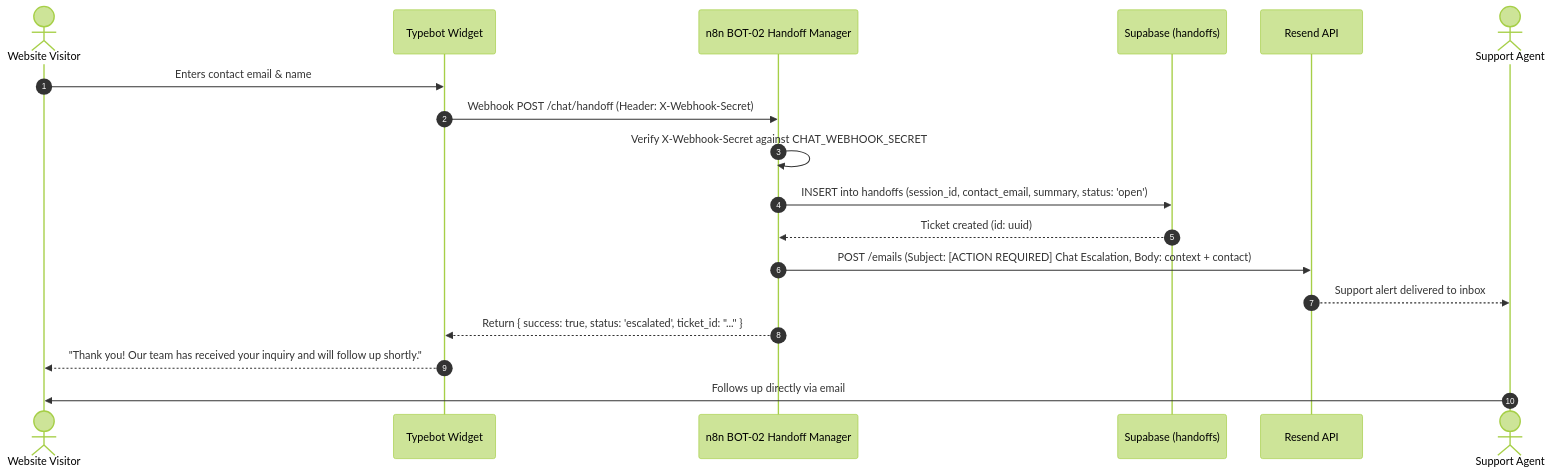
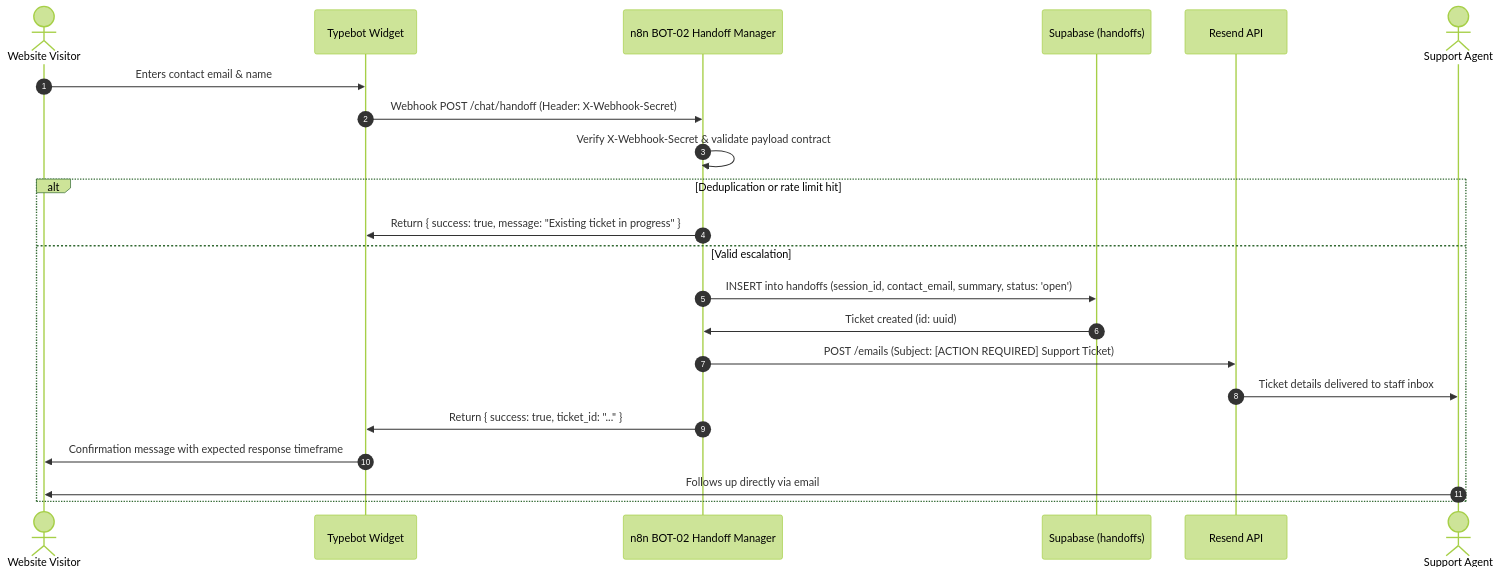
The third of 3 diagrams in architecture.md (robinsehnalik/website-chatbot), drawn with Mermaid (forest theme) before and after one commit. The commit also changed other lines of this file and 13 other files, not shown here.

Commit message:
fix(security): harden SQL with deny-by-default RLS, shared secrets, eval harness, and flow specs

````diff
--- a/architecture.md
+++ b/architecture.md
@@ -140,21 +154,25 @@
 ```mermaid
 sequenceDiagram
     autonumber
     actor Visitor as Website Visitor
     participant TB as Typebot Widget
     participant B2 as n8n BOT-02 Handoff Manager
     participant Supa as Supabase (handoffs)
     participant Mail as Resend API
     actor Agent as Support Agent
 
     Visitor->>TB: Enters contact email & name
     TB->>B2: Webhook POST /chat/handoff (Header: X-Webhook-Secret)
-    B2->>B2: Verify X-Webhook-Secret against CHAT_WEBHOOK_SECRET
-    B2->>Supa: INSERT into handoffs (session_id, contact_email, summary, status: 'open')
-    Supa-->>B2: Ticket created (id: uuid)
-    B2->>Mail: POST /emails (Subject: [ACTION REQUIRED] Chat Escalation, Body: context + contact)
-    Mail-->>Agent: Support alert delivered to inbox
-    B2-->>TB: Return { success: true, status: 'escalated', ticket_id: "..." }
-    TB-->>Visitor: "Thank you! Our team has received your inquiry and will follow up shortly."
-    Agent->>Visitor: Follows up directly via email
+    B2->>B2: Verify X-Webhook-Secret & validate payload contract
+    alt Deduplication or rate limit hit
+        B2->>TB: Return { success: true, message: "Existing ticket in progress" }
+    else Valid escalation
+        B2->>Supa: INSERT into handoffs (session_id, contact_email, summary, status: 'open')
+        Supa->>B2: Ticket created (id: uuid)
+        B2->>Mail: POST /emails (Subject: [ACTION REQUIRED] Support Ticket)
+        Mail->>Agent: Ticket details delivered to staff inbox
+        B2->>TB: Return { success: true, ticket_id: "..." }
+        TB->>Visitor: Confirmation message with expected response timeframe
+        Agent->>Visitor: Follows up directly via email
+    end
 ```
````
